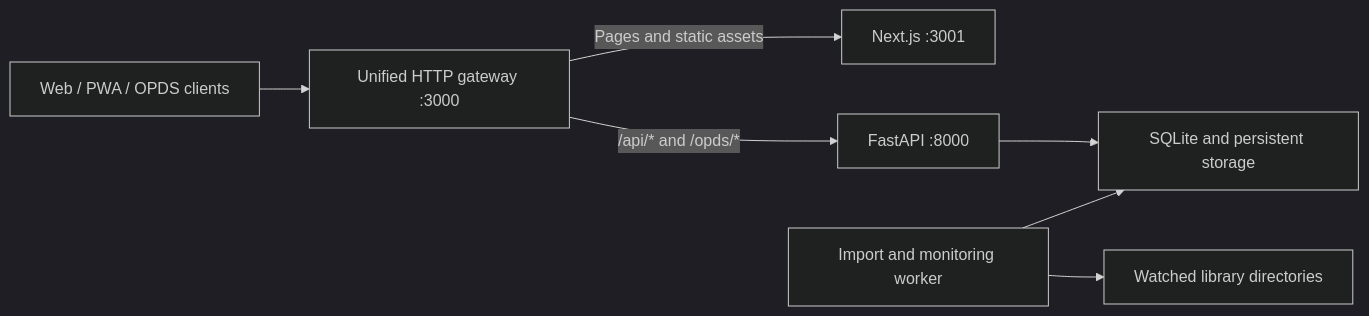
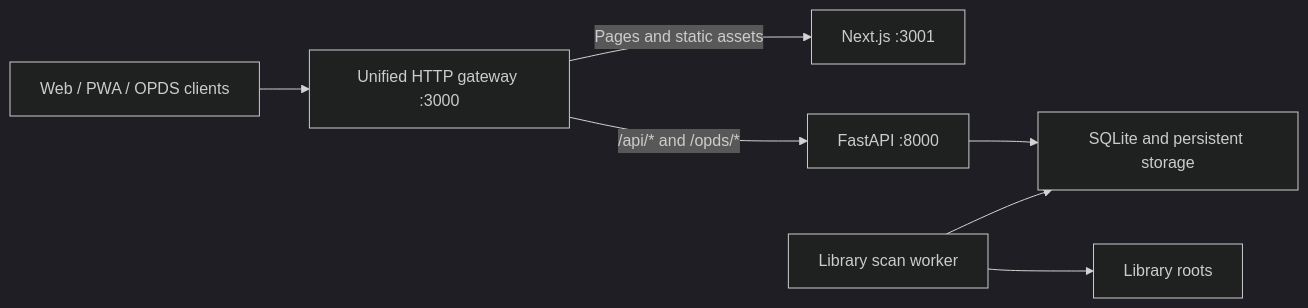
One commit to GMD170629/ermao-library changed the diagram in README.en.md. Above: the diagram before and after it, drawn with Mermaid (dark theme). The commit also changed other lines of this file and 17 other files, not shown here.

````diff
--- a/README.en.md
+++ b/README.en.md
@@ -183,9 +184,9 @@
 ```mermaid
 flowchart LR
   C["Web / PWA / OPDS clients"] --> G["Unified HTTP gateway :3000"]
   G -->|"Pages and static assets"| W["Next.js :3001"]
   G -->|"/api/* and /opds/*"| A["FastAPI :8000"]
   A --> D["SQLite and persistent storage"]
-  K["Import and monitoring worker"] --> D
-  K --> L["Watched library directories"]
+  K["Library scan worker"] --> D
+  K --> L["Library roots"]
 ```
````
